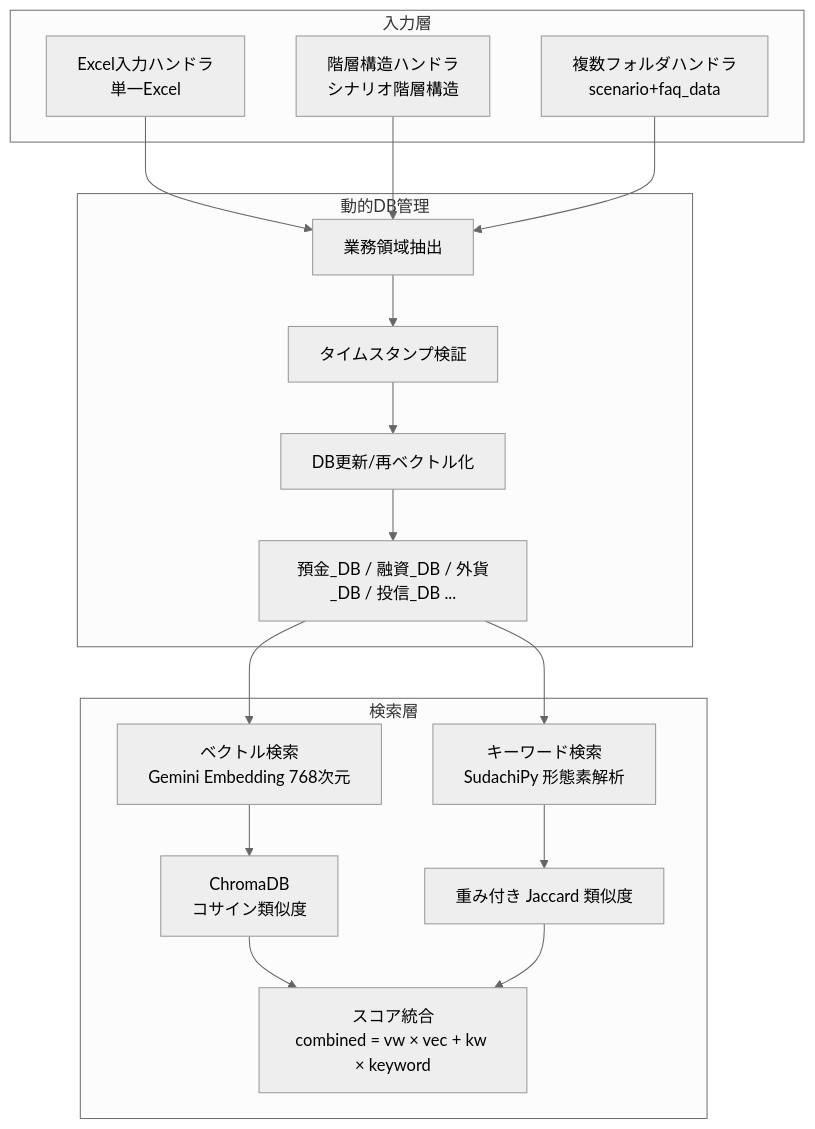
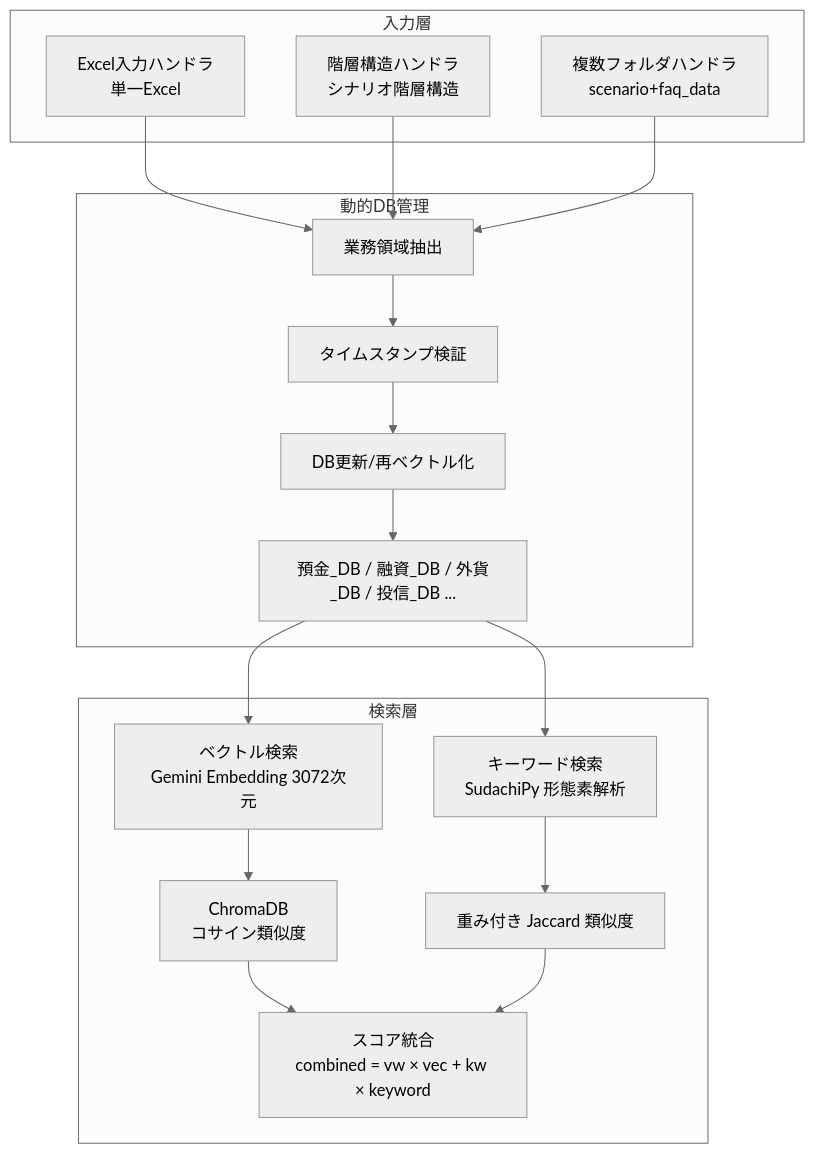
Before and after one commit to jsakuta/rag: the first of 2 diagrams in rag-gemini/README.md, drawn with Mermaid (neutral theme). The commit also changed other lines of this file and 1 other file, not shown here.

First line of the commit message:
feat: Gemini Embeddingの次元数を3072に変更し、選択肢を追加

````diff
--- a/rag-gemini/README.md
+++ b/rag-gemini/README.md
@@ -67,32 +67,32 @@
 ```mermaid
 graph TB
     subgraph 入力層
         A1[Excel入力ハンドラ<br/>単一Excel]
         A2[階層構造ハンドラ<br/>シナリオ階層構造]
         A3[複数フォルダハンドラ<br/>scenario+faq_data]
     end
 
     subgraph 動的DB管理
         B1[業務領域抽出]
         B2[タイムスタンプ検証]
         B3[DB更新/再ベクトル化]
         B4[預金_DB / 融資_DB / 外貨_DB / 投信_DB ...]
     end
 
     subgraph 検索層
-        C1[ベクトル検索<br/>Gemini Embedding 768次元]
+        C1[ベクトル検索<br/>Gemini Embedding 3072次元]
         C2[ChromaDB<br/>コサイン類似度]
         D1[キーワード検索<br/>SudachiPy 形態素解析]
         D2[重み付き Jaccard 類似度]
         E[スコア統合<br/>combined = vw × vec + kw × keyword]
     end
 
     A1 --> B1
     A2 --> B1
     A3 --> B1
     B1 --> B2 --> B3 --> B4
     B4 --> C1
     B4 --> D1
     C1 --> C2 --> E
     D1 --> D2 --> E
 ```
````
